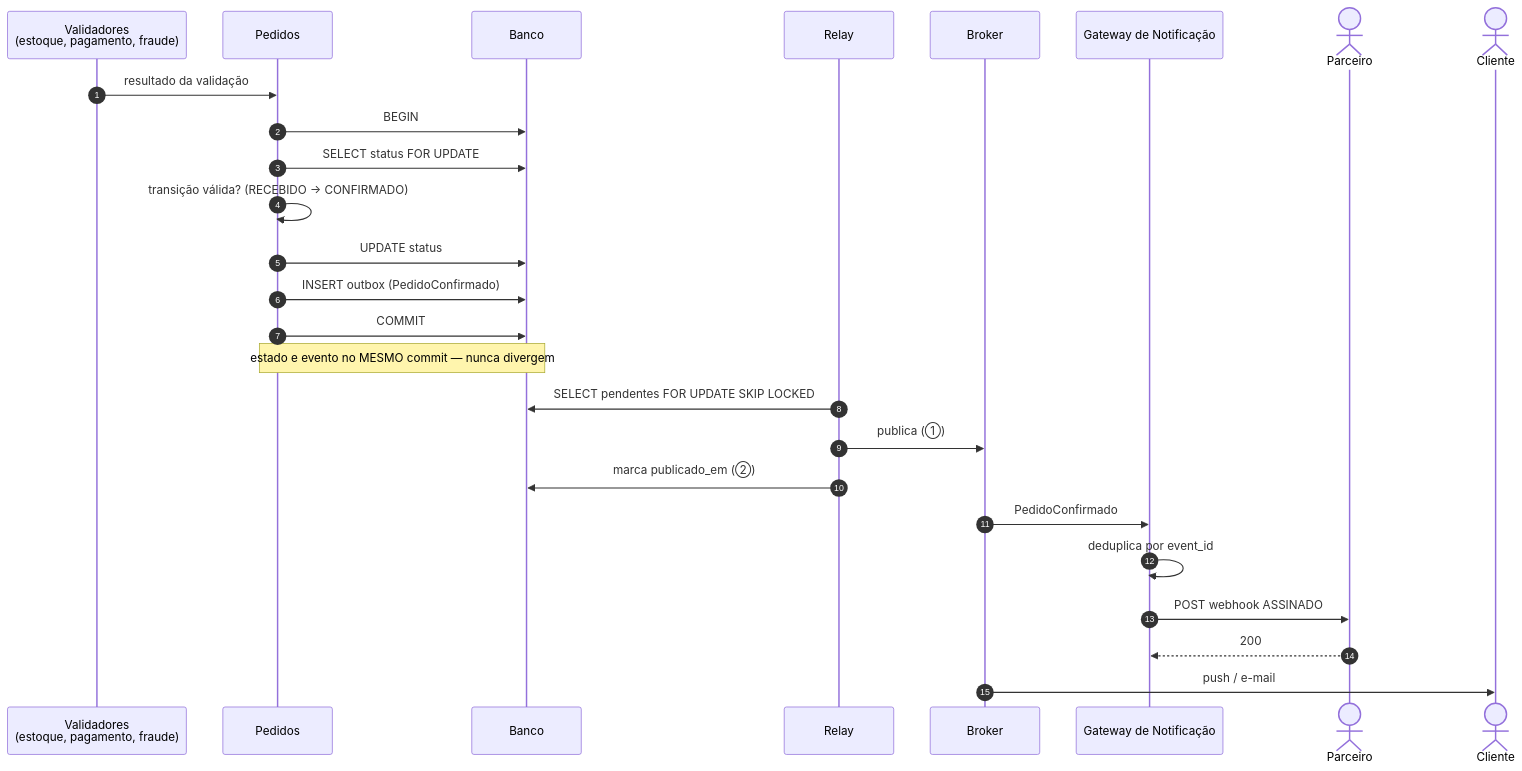
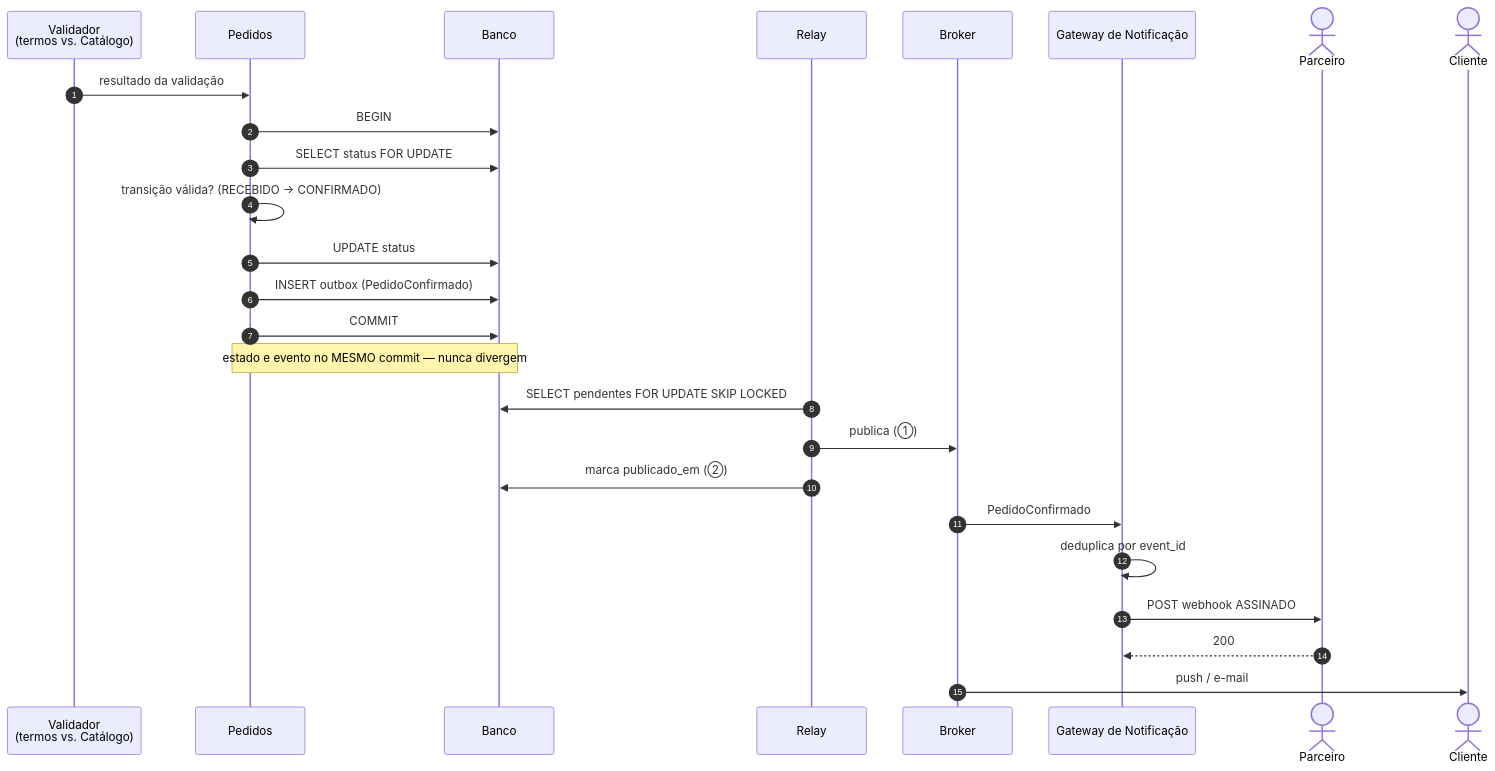
The first of 4 diagrams in docs/technical-context/c4/seq-status-notificacao.md (fmoreira1990/solution_architect), drawn with Mermaid before and after one commit. The commit also changed other lines of this file and 30 other files, not shown here.

````diff
--- a/docs/technical-context/c4/seq-status-notificacao.md
+++ b/docs/technical-context/c4/seq-status-notificacao.md
@@ -13,32 +13,32 @@
 ```mermaid
 sequenceDiagram
     autonumber
-    participant V as Validadores<br/>(estoque, pagamento, fraude)
+    participant V as Validador<br/>(termos vs. Catálogo)
     participant P as Pedidos
     participant DB as Banco
     participant R as Relay
     participant Br as Broker
     participant N as Gateway de Notificação
     actor Pa as Parceiro
     actor C as Cliente
 
     V->>P: resultado da validação
     P->>DB: BEGIN
     P->>DB: SELECT status FOR UPDATE
     P->>P: transição válida? (RECEBIDO → CONFIRMADO)
     P->>DB: UPDATE status
     P->>DB: INSERT outbox (PedidoConfirmado)
     P->>DB: COMMIT
 
     note over P,DB: estado e evento no MESMO commit — nunca divergem
 
     R->>DB: SELECT pendentes FOR UPDATE SKIP LOCKED
     R->>Br: publica (①)
     R->>DB: marca publicado_em (②)
 
     Br->>N: PedidoConfirmado
     N->>N: deduplica por event_id
     N->>Pa: POST webhook ASSINADO
     Pa-->>N: 200
     Br->>C: push / e-mail
 ```
````
